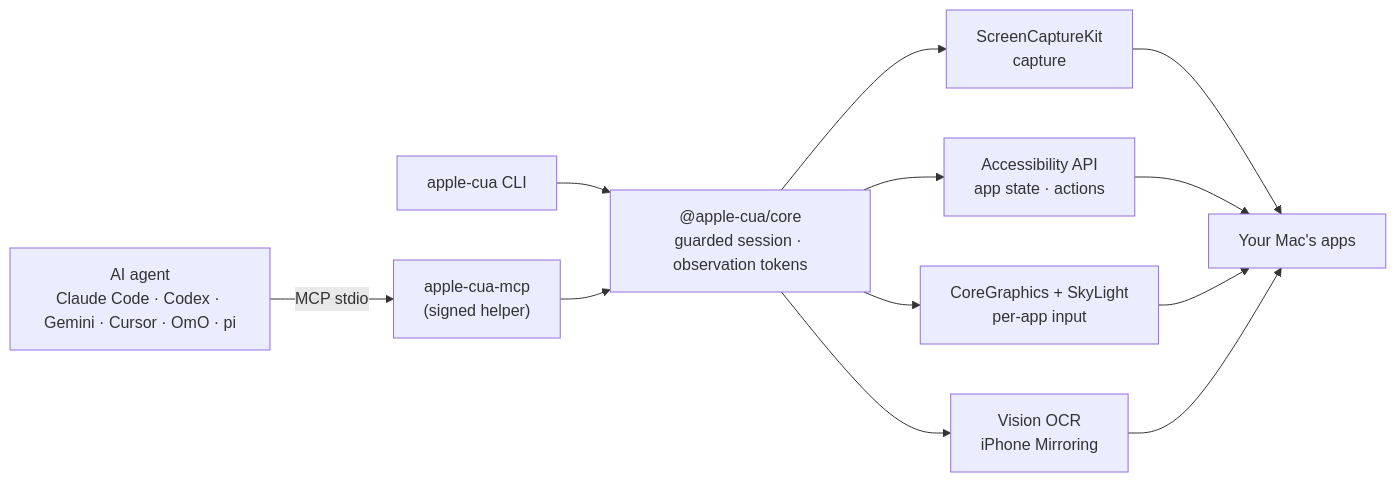
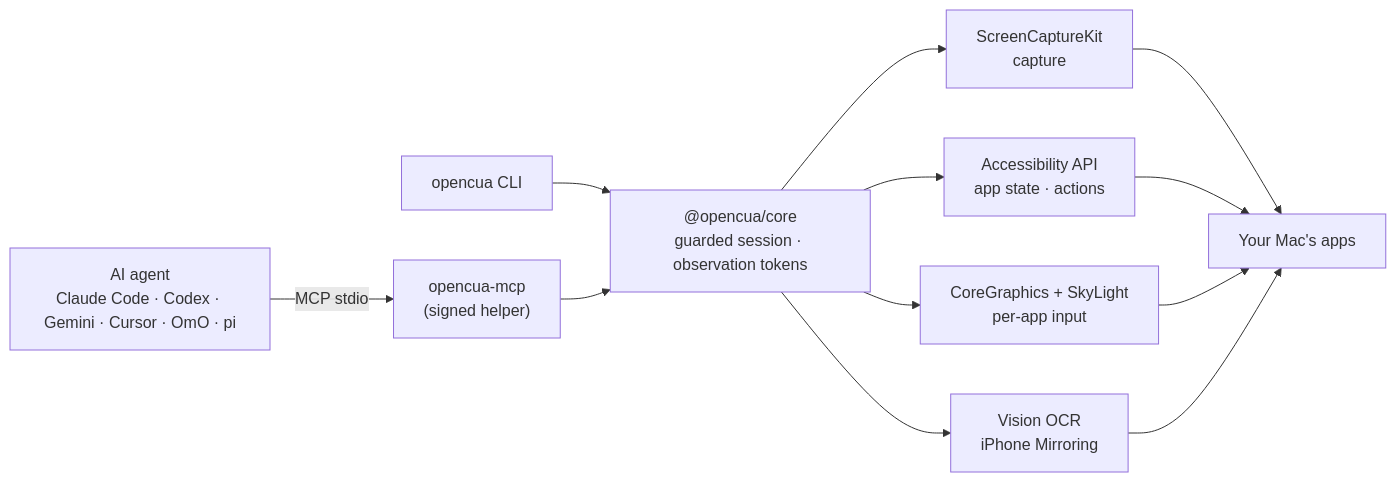
Before and after one commit to trac3r00/apple-cua: the diagram in README.md, drawn with Mermaid. The commit also changed other lines of this file and 483 other files, not shown here.

````diff
--- a/README.md
+++ b/README.md
@@ -256,11 +270,11 @@
 ```mermaid
 flowchart LR
-    A["AI agent<br/>Claude Code · Codex · Gemini · Cursor · OmO · pi"] -->|MCP stdio| M["apple-cua-mcp<br/>(signed helper)"]
-    C["apple-cua CLI"] --> K
-    M --> K["@apple-cua/core<br/>guarded session · observation tokens"]
+    A["AI agent<br/>Claude Code · Codex · Gemini · Cursor · OmO · pi"] -->|MCP stdio| M["opencua-mcp<br/>(signed helper)"]
+    C["opencua CLI"] --> K
+    M --> K["@opencua/core<br/>guarded session · observation tokens"]
     K --> S["ScreenCaptureKit<br/>capture"]
     K --> X["Accessibility API<br/>app state · actions"]
     K --> G["CoreGraphics + SkyLight<br/>per-app input"]
     K --> V["Vision OCR<br/>iPhone Mirroring"]
     S & X & G & V --> APPS["Your Mac's apps"]
 ```
````
